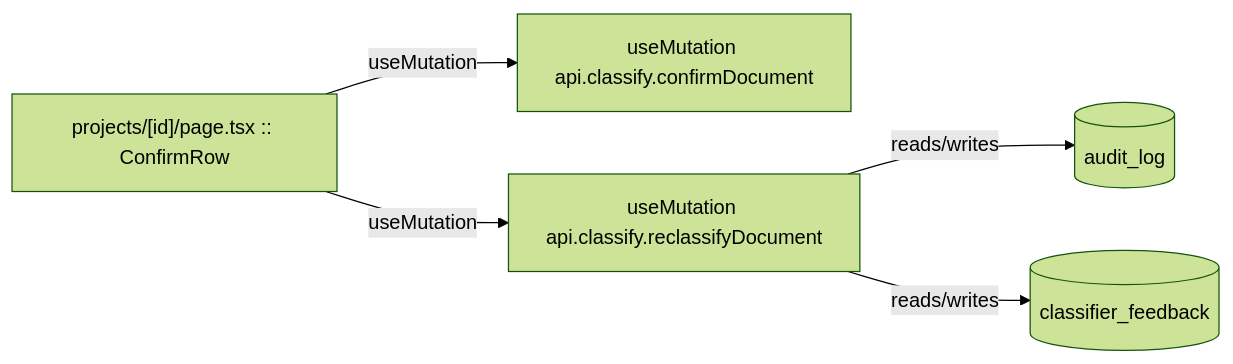
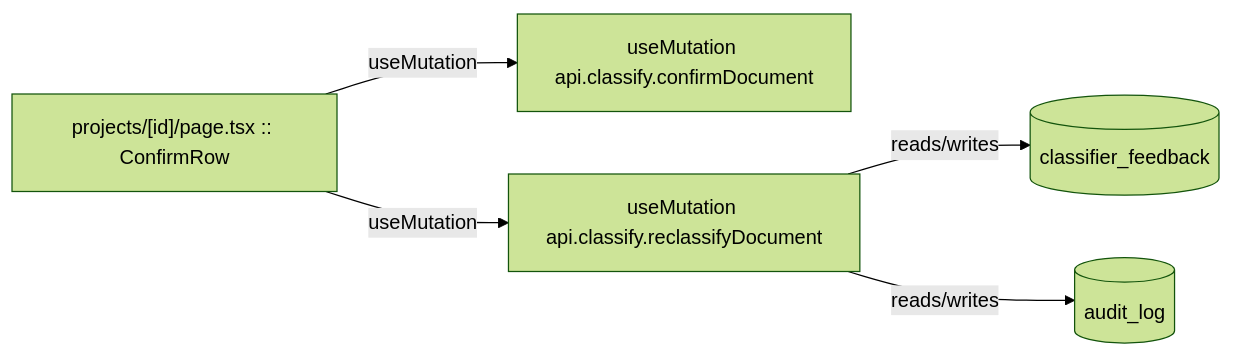
The diagram in docs/bind-maps/verifiq/classification.md (Nexum-Intelligent-Systems/goviq-site), drawn with Mermaid (forest theme) before and after one commit. The commit also changed other lines of this file and 51 other files, not shown here.

````diff
--- a/docs/bind-maps/verifiq/classification.md
+++ b/docs/bind-maps/verifiq/classification.md
@@ -9,7 +9,7 @@
 ```mermaid
 flowchart LR
   n0["projects/[id]/page.tsx :: ConfirmRow"] -->|useMutation| n1["useMutation api.classify.confirmDocument"]
   n0["projects/[id]/page.tsx :: ConfirmRow"] -->|useMutation| n2["useMutation api.classify.reclassifyDocument"]
-  n2 -->|reads/writes| n3[("audit_log")]
-  n2 -->|reads/writes| n4[("classifier_feedback")]
+  n2 -->|reads/writes| n3[("classifier_feedback")]
+  n2 -->|reads/writes| n4[("audit_log")]
 ```
````
